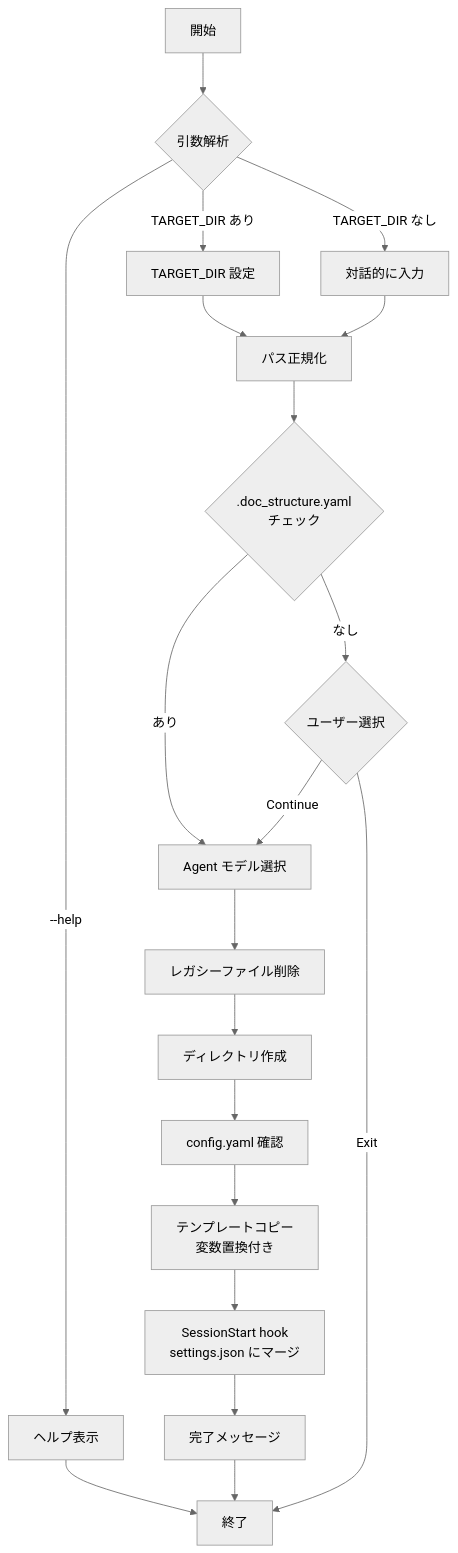
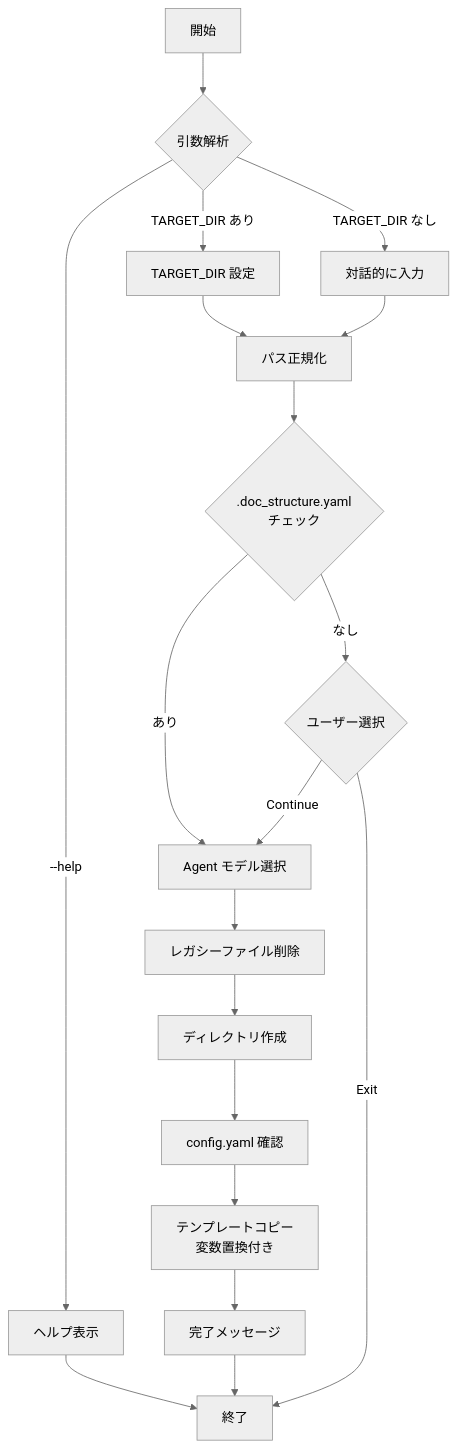
The diagram in specs/design/DES-001_setup_script.md (BlueEventHorizon/DocAdvisor-CC), drawn with Mermaid (neutral theme) before and after one commit. The commit also changed other lines of this file and 9 other files, not shown here.

````diff
--- a/specs/design/DES-001_setup_script.md
+++ b/specs/design/DES-001_setup_script.md
@@ -46,25 +46,24 @@
 ```mermaid
 flowchart TD
     A[開始] --> B{引数解析}
     B -->|--help| C[ヘルプ表示] --> Z[終了]
     B -->|TARGET_DIR あり| D[TARGET_DIR 設定]
     B -->|TARGET_DIR なし| E[対話的に入力]
 
     D --> F[パス正規化]
     E --> F
 
     F --> F2{.doc_structure.yaml<br>チェック}
     F2 -->|あり| G[Agent モデル選択]
     F2 -->|なし| F3{ユーザー選択}
     F3 -->|Continue| G
     F3 -->|Exit| Z
 
     G --> H[レガシーファイル削除]
 
     H --> I[ディレクトリ作成]
     I --> J[config.yaml 確認]
     J --> K[テンプレートコピー<br>変数置換付き]
-    K --> L[SessionStart hook<br>settings.json にマージ]
-    L --> M[完了メッセージ]
+    K --> M[完了メッセージ]
     M --> Z
 ```
````
